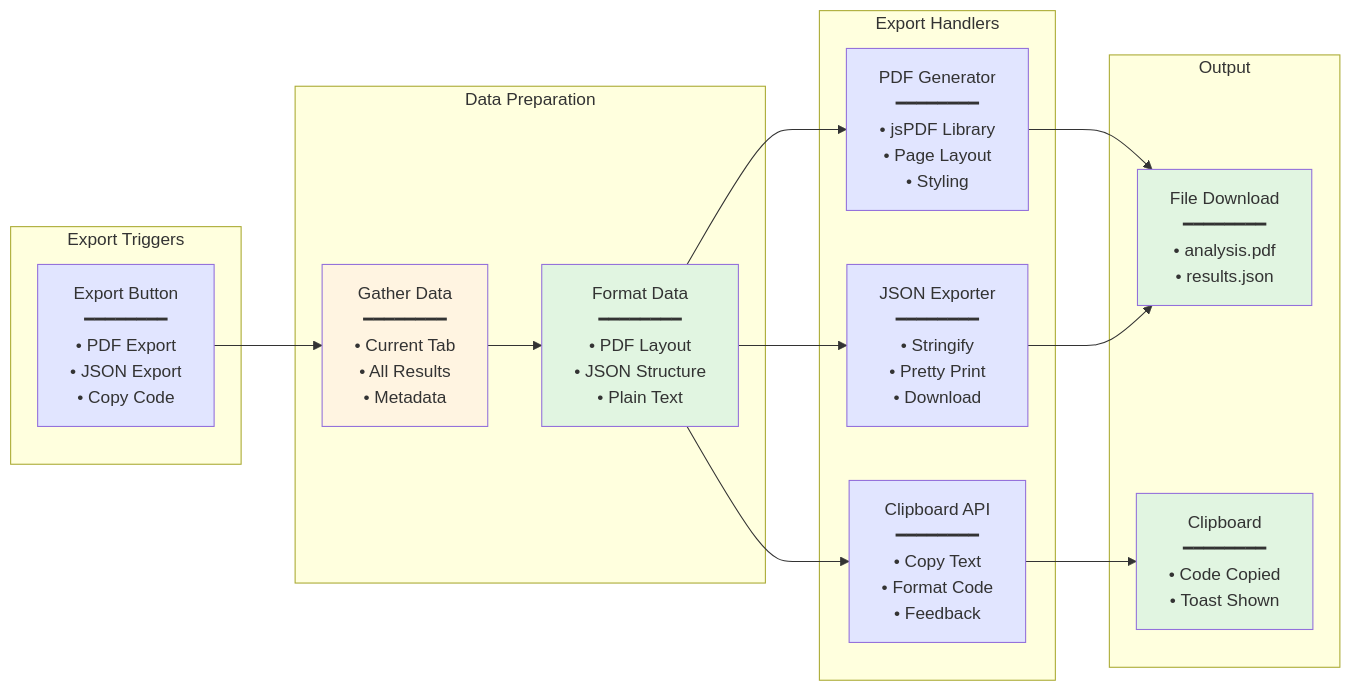
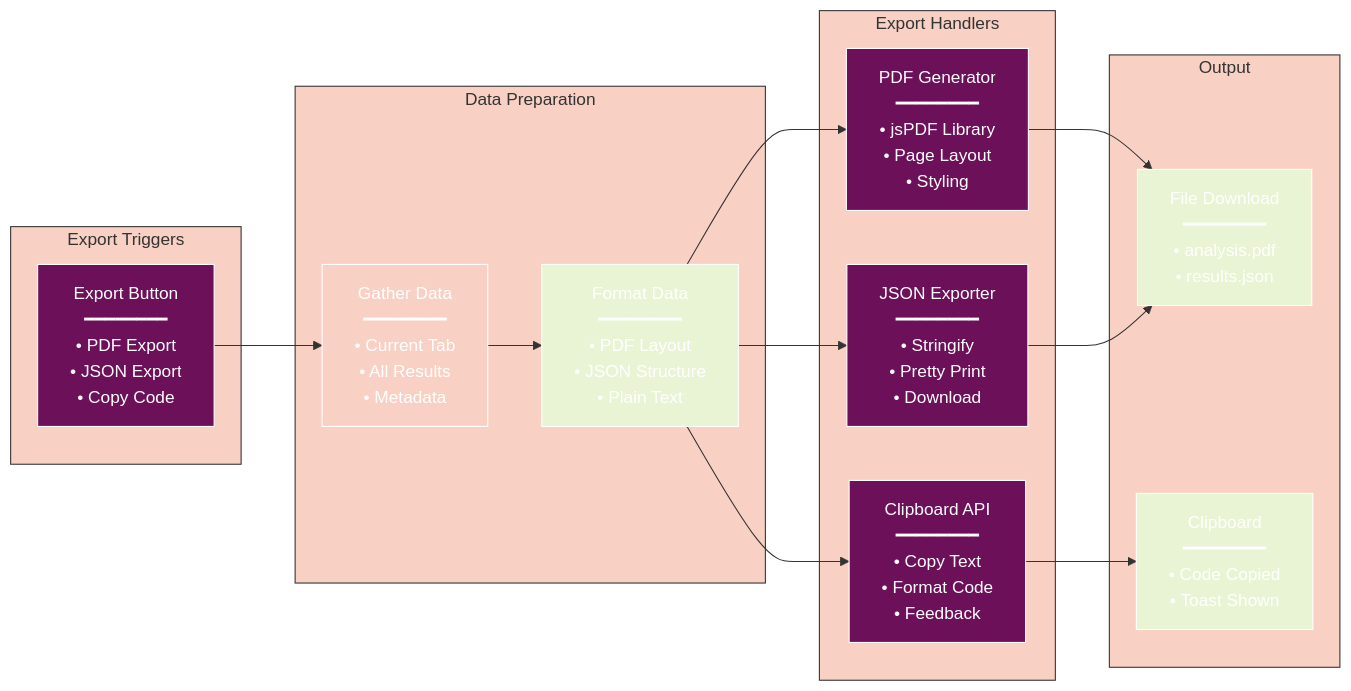
The seventh of 12 diagrams in docs/components/ANALYSIS_RESULTS.md (radicalkjax/Athena), drawn with Mermaid before and after one commit. The commit also changed other lines of this file and 27 other files, not shown here.

Commit message:
Introduction of expo package manager. Updated docs to reflect changes. Unified mermaid theme for docs.

````diff
--- a/docs/components/ANALYSIS_RESULTS.md
+++ b/docs/components/ANALYSIS_RESULTS.md
@@ -285,40 +411,61 @@
 ```mermaid
+%%{init: {
+  'theme': 'base',
+  'themeVariables': {
+    'primaryColor': '#6d105a',
+    'primaryTextColor': '#ffffff',
+    'primaryBorderColor': '#ffffff',
+    'lineColor': '#333333',
+    'secondaryColor': '#e8f4d4',
+    'secondaryTextColor': '#333333',
+    'secondaryBorderColor': '#333333',
+    'tertiaryColor': '#f9d0c4',
+    'tertiaryTextColor': '#333333',
+    'tertiaryBorderColor': '#333333',
+    'background': '#ffffff',
+    'mainBkg': '#6d105a',
+    'secondBkg': '#e8f4d4',
+    'tertiaryBkg': '#f9d0c4',
+    'textColor': '#333333',
+    'fontFamily': 'Arial, sans-serif'
+  }
+}}%%
 flowchart LR
     subgraph "Export Triggers"
         A[Export Button<br/>━━━━━━━━<br/>• PDF Export<br/>• JSON Export<br/>• Copy Code]
     end
     
     subgraph "Data Preparation"
         B[Gather Data<br/>━━━━━━━━<br/>• Current Tab<br/>• All Results<br/>• Metadata]
         C[Format Data<br/>━━━━━━━━<br/>• PDF Layout<br/>• JSON Structure<br/>• Plain Text]
     end
     
     subgraph "Export Handlers"
         D[PDF Generator<br/>━━━━━━━━<br/>• jsPDF Library<br/>• Page Layout<br/>• Styling]
         E[JSON Exporter<br/>━━━━━━━━<br/>• Stringify<br/>• Pretty Print<br/>• Download]
         F[Clipboard API<br/>━━━━━━━━<br/>• Copy Text<br/>• Format Code<br/>• Feedback]
     end
     
     subgraph "Output"
         G[File Download<br/>━━━━━━━━<br/>• analysis.pdf<br/>• results.json]
         H[Clipboard<br/>━━━━━━━━<br/>• Code Copied<br/>• Toast Shown]
     end
     
     A --> B
     B --> C
     C --> D
     C --> E
     C --> F
     D --> G
     E --> G
     F --> H
     
-    style A fill:#e1e5ff
-    style B fill:#fff4e1
-    style C fill:#e1f5e1
-    style D fill:#e1e5ff
-    style E fill:#e1e5ff
-    style F fill:#e1e5ff
-    style G fill:#e1f5e1
-    style H fill:#e1f5e1
+    style A fill:#6d105a
+    style B fill:#f9d0c4
+    style C fill:#e8f4d4
+    style D fill:#6d105a
+    style E fill:#6d105a
+    style F fill:#6d105a
+    style G fill:#e8f4d4
+    style H fill:#e8f4d4
 ```
````
